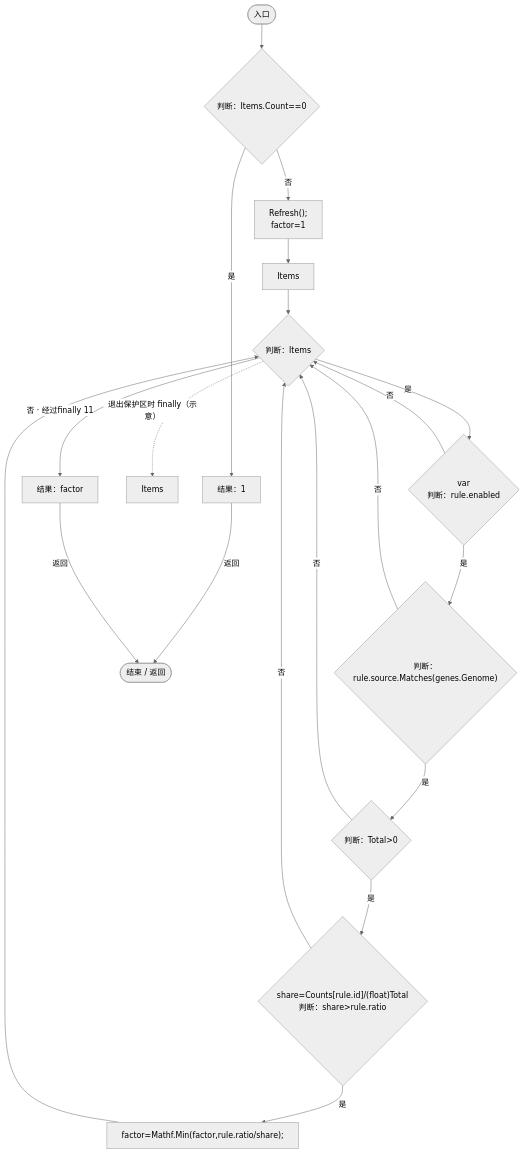
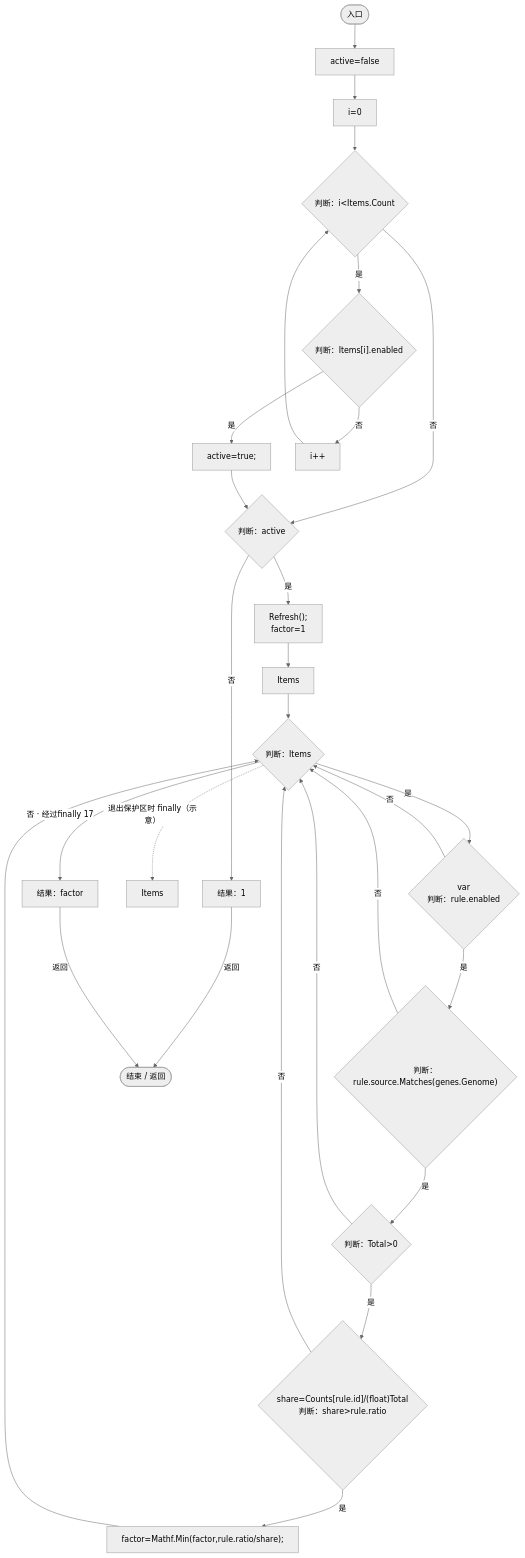
Before and after one commit to xhs6666/Darwin_paradise: diagram 21 of 34 in Docs/运行流程图/脚本/923ccc4e86c4786c.md, drawn with Mermaid (neutral theme). The commit also changed other lines of this file and 167 other files, not shown here.

````diff
--- a/Docs/运行流程图/脚本/923ccc4e86c4786c.md
+++ b/Docs/运行流程图/脚本/923ccc4e86c4786c.md
@@ -976,37 +937,51 @@
 ```mermaid
 flowchart TD
   b0(["入口"])
-  b1{"判断：Items.Count==0"}
-  b2["结果：1"]
-  b3["Refresh();<br/>factor=1"]
-  b4["Items"]
-  b5{"判断：Items"}
-  b6{"var<br/>判断：rule.enabled"}
-  b7{"判断：rule.source.Matches(genes.Genome)"}
-  b8{"判断：Total&gt;0"}
-  b9{"share=Counts[rule.id]/(float)Total<br/>判断：share&gt;rule.ratio"}
-  b10["factor=Mathf.Min(factor,rule.ratio/share);"]
-  b11["Items"]
-  b12["结果：factor"]
-  b13(["结束 / 返回"])
+  b1["active=false"]
+  b2["i=0"]
+  b3{"判断：i&lt;Items.Count"}
+  b4{"判断：Items[i].enabled"}
+  b5["active=true;"]
+  b6["i++"]
+  b7{"判断：active"}
+  b8["结果：1"]
+  b9["Refresh();<br/>factor=1"]
+  b10["Items"]
+  b11{"判断：Items"}
+  b12{"var<br/>判断：rule.enabled"}
+  b13{"判断：rule.source.Matches(genes.Genome)"}
+  b14{"判断：Total&gt;0"}
+  b15{"share=Counts[rule.id]/(float)Total<br/>判断：share&gt;rule.ratio"}
+  b16["factor=Mathf.Min(factor,rule.ratio/share);"]
+  b17["Items"]
+  b18["结果：factor"]
+  b19(["结束 / 返回"])
   b0 --> b1
-  b1 -->|"是"| b2
-  b1 -->|"否"| b3
-  b2 -->|"返回"| b13
-  b3 --> b4
-  b4 --> b5
-  b5 -->|"是"| b6
-  b5 -->|"否 · 经过finally 11"| b12
-  b6 -->|"是"| b7
-  b6 -->|"否"| b5
-  b7 -->|"是"| b8
-  b7 -->|"否"| b5
-  b8 -->|"是"| b9
-  b8 -->|"否"| b5
-  b9 -->|"是"| b10
-  b9 -->|"否"| b5
-  b10 --> b5
-  b12 -->|"返回"| b13
-  b5 -. "退出保护区时 finally（示意）" .-> b11
+  b1 --> b2
+  b2 --> b3
+  b3 -->|"是"| b4
+  b3 -->|"否"| b7
+  b4 -->|"是"| b5
+  b4 -->|"否"| b6
+  b5 --> b7
+  b6 --> b3
+  b7 -->|"否"| b8
+  b7 -->|"是"| b9
+  b8 -->|"返回"| b19
+  b9 --> b10
+  b10 --> b11
+  b11 -->|"是"| b12
+  b11 -->|"否 · 经过finally 17"| b18
+  b12 -->|"是"| b13
+  b12 -->|"否"| b11
+  b13 -->|"是"| b14
+  b13 -->|"否"| b11
+  b14 -->|"是"| b15
+  b14 -->|"否"| b11
+  b15 -->|"是"| b16
+  b15 -->|"否"| b11
+  b16 --> b11
+  b18 -->|"返回"| b19
+  b11 -. "退出保护区时 finally（示意）" .-> b17
 
 ```
````
